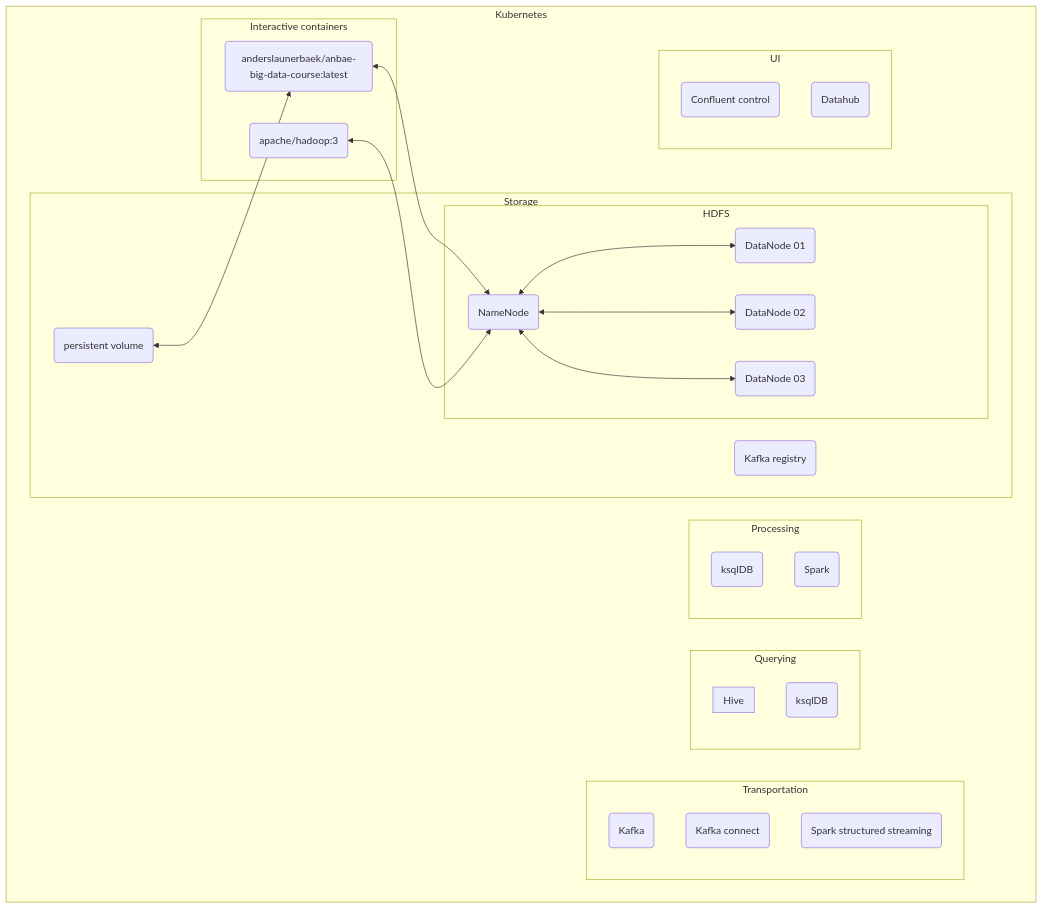
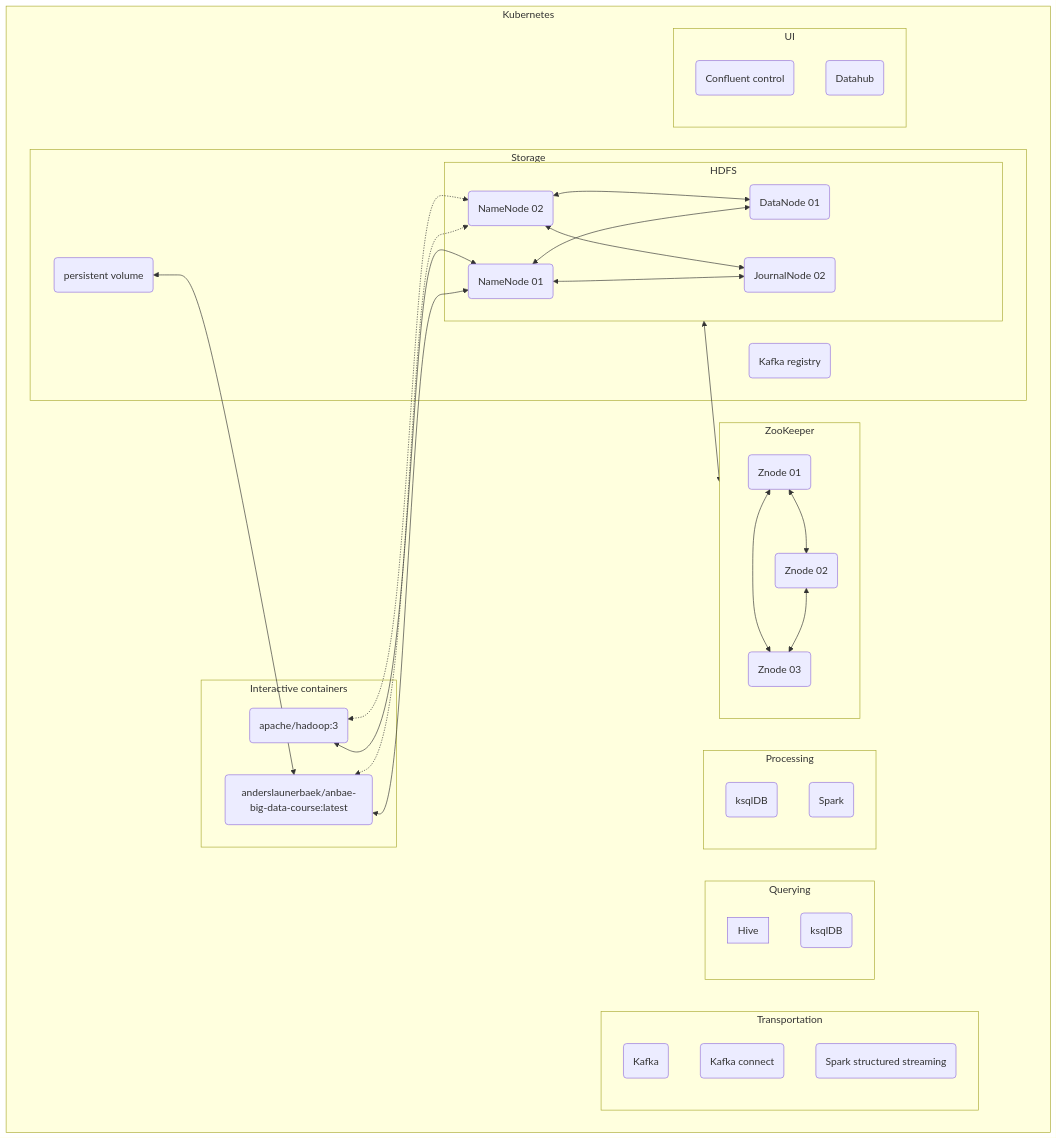
One commit to jakobhviid/BigDataCourseExercises changed the diagram in README.md. Above: the diagram before and after it, drawn with Mermaid.

Commit message:
updated initial readme to match the current progress of the cource.

````diff
--- a/README.md
+++ b/README.md
@@ -17,52 +17,63 @@
 ```mermaid
 graph
 
 subgraph Kubernetes
     subgraph Storage 
         pvolume(persistent volume)
     
         subgraph HDFS
-            namenode(NameNode)
+            namenode01(NameNode 01)
+            namenode02(NameNode 02)
             datanode01(DataNode 01)
-            datanode02(DataNode 02)
-            datanode03(DataNode 03)
-            namenode <--> datanode01 & datanode02 & datanode03
+            datanode02(JournalNode 02)
+            namenode01 & namenode02 <--> datanode01 & datanode02
         end
         registry(Kafka registry)
     end
+    subgraph ZooKeeper
+        znode01(Znode 01)
+        znode02(Znode 02)
+        znode03(Znode 03)
 
+        znode01 <--> znode02 
+        znode01 <--> znode03 
+        znode02 <--> znode03
+     end
     subgraph Transportation
         transkafka(Kafka)
         transconnect(Kafka connect)
         transspark(Spark structured streaming)
     end
     subgraph Interactive containers
         ubuntupy(anderslaunerbaek/anbae-big-data-course:latest)
         apachehadoop(apache/hadoop:3)
     end
     
     subgraph Querying
         subgraph Hive
         end
         queryksqldb(ksqlDB)
     end
     
     
     subgraph Processing
         processksqldb(ksqlDB)
         processspark(Spark)
     end
 
 
     subgraph UI
         uiconcontrol(Confluent control)
         uidatahub(Datahub)
     end
 
-ubuntupy & apachehadoop <--> namenode
+ubuntupy & apachehadoop <--> namenode01
+ubuntupy & apachehadoop <-.-> namenode02
 pvolume <--> ubuntupy
+
+HDFS <--> ZooKeeper
 
 end
 
 
 ```
````
